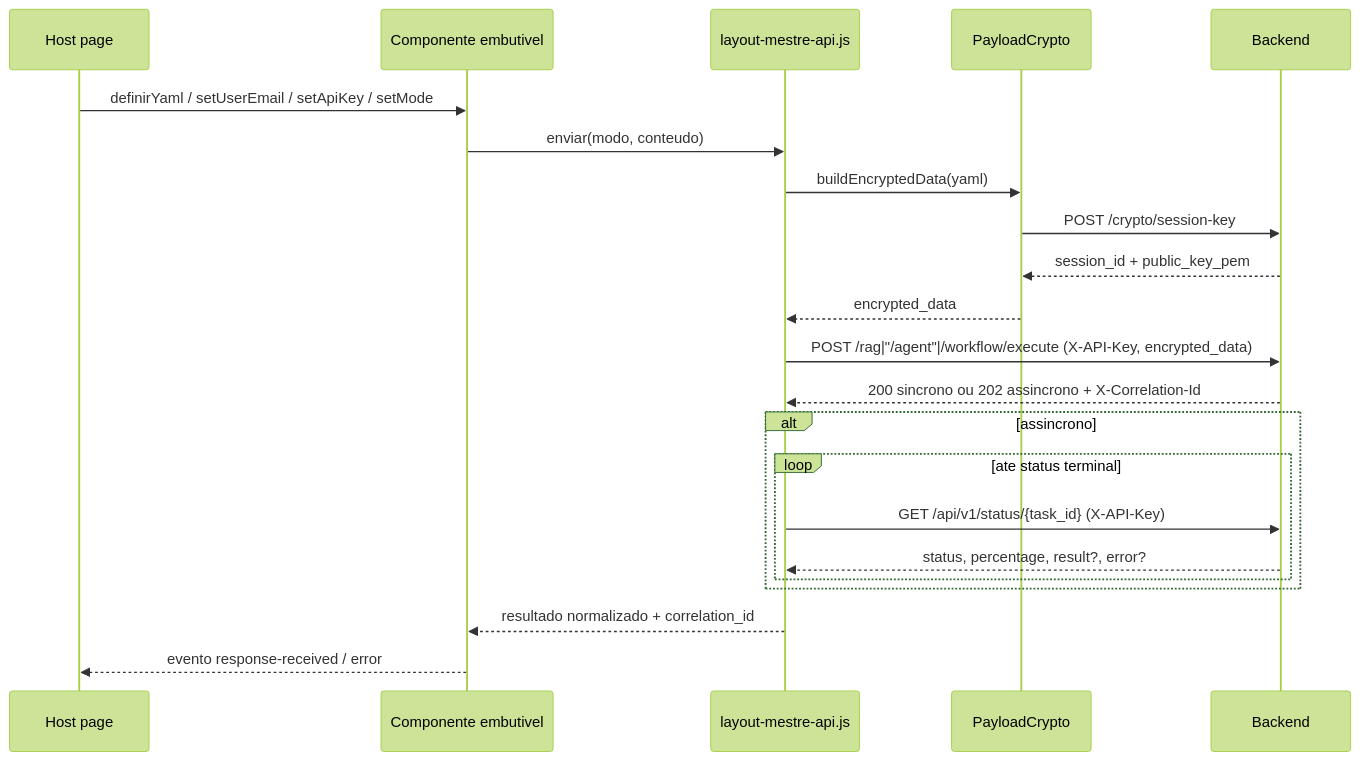
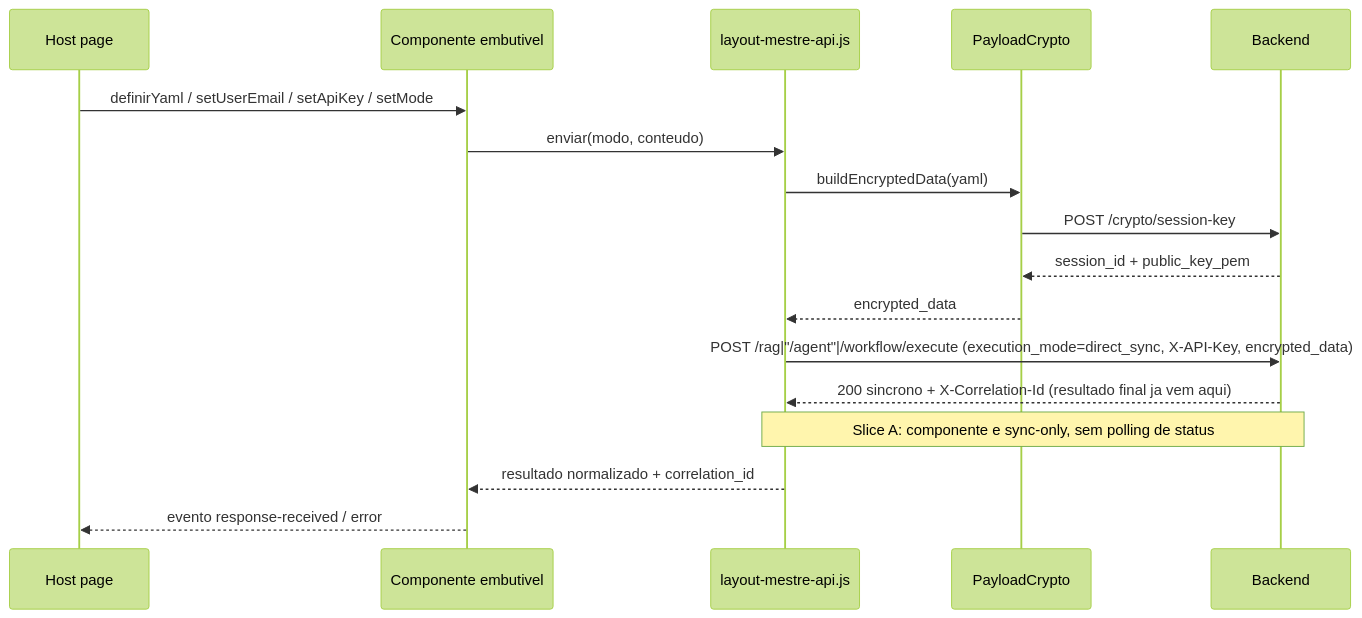
Before and after one commit to mrctito/plataforma_agentes_negocio_docs: the diagram in assets/diagrams/docs-guia-componente-webchat-embutivel-diagrama-01.mmd, drawn with Mermaid (forest theme). The commit also changed 32 other files, not shown here.

```diff
--- a/assets/diagrams/docs-guia-componente-webchat-embutivel-diagrama-01.mmd
+++ b/assets/diagrams/docs-guia-componente-webchat-embutivel-diagrama-01.mmd
@@ -1,23 +1,18 @@
 sequenceDiagram
     participant H as Host page
     participant C as Componente embutivel
     participant X as layout-mestre-api.js
     participant K as PayloadCrypto
     participant API as Backend
 
     H->>C: definirYaml / setUserEmail / setApiKey / setMode
     C->>X: enviar(modo, conteudo)
     X->>K: buildEncryptedData(yaml)
     K->>API: POST /crypto/session-key
     API-->>K: session_id + public_key_pem
     K-->>X: encrypted_data
-    X->>API: POST /rag|"/agent"|/workflow/execute (X-API-Key, encrypted_data)
-    API-->>X: 200 sincrono ou 202 assincrono + X-Correlation-Id
-    alt assincrono
-        loop ate status terminal
-            X->>API: GET /api/v1/status/{task_id} (X-API-Key)
-            API-->>X: status, percentage, result?, error?
-        end
-    end
+    X->>API: POST /rag|"/agent"|/workflow/execute (execution_mode=direct_sync, X-API-Key, encrypted_data)
+    API-->>X: 200 sincrono + X-Correlation-Id (resultado final ja vem aqui)
+    Note over X,API: Slice A: componente e sync-only, sem polling de status
     X-->>C: resultado normalizado + correlation_id
     C-->>H: evento response-received / error
```
